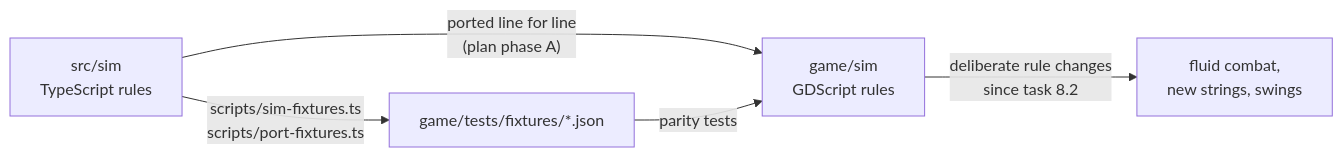
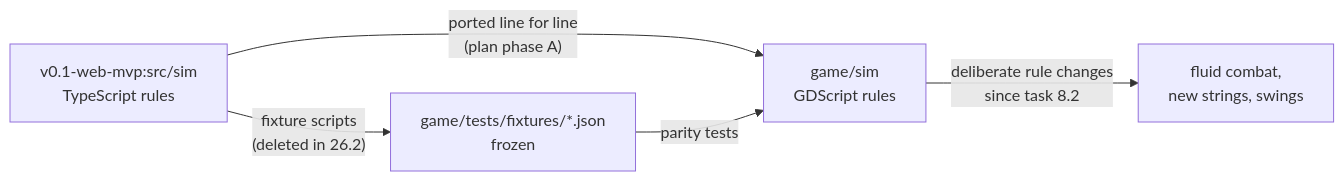
The first of 22 diagrams in docs/architecture.md (Arod231/monomachia), drawn with Mermaid before and after one commit. The commit also changed other lines of this file and 130 other files, not shown here.

````diff
--- a/docs/architecture.md
+++ b/docs/architecture.md
@@ -53,7 +44,7 @@
 ```mermaid
 flowchart LR
-    TS["src/sim<br/>TypeScript rules"] -- "ported line for line<br/>(plan phase A)" --> GD["game/sim<br/>GDScript rules"]
-    TS -- "scripts/sim-fixtures.ts<br/>scripts/port-fixtures.ts" --> FX["game/tests/fixtures/*.json"]
+    TS["v0.1-web-mvp:src/sim<br/>TypeScript rules"] -- "ported line for line<br/>(plan phase A)" --> GD["game/sim<br/>GDScript rules"]
+    TS -- "fixture scripts<br/>(deleted in 26.2)" --> FX["game/tests/fixtures/*.json<br/>frozen"]
     FX -- "parity tests" --> GD
     GD -- "deliberate rule changes<br/>since task 8.2" --> NEW["fluid combat,<br/>new strings, swings"]
 ```
````
